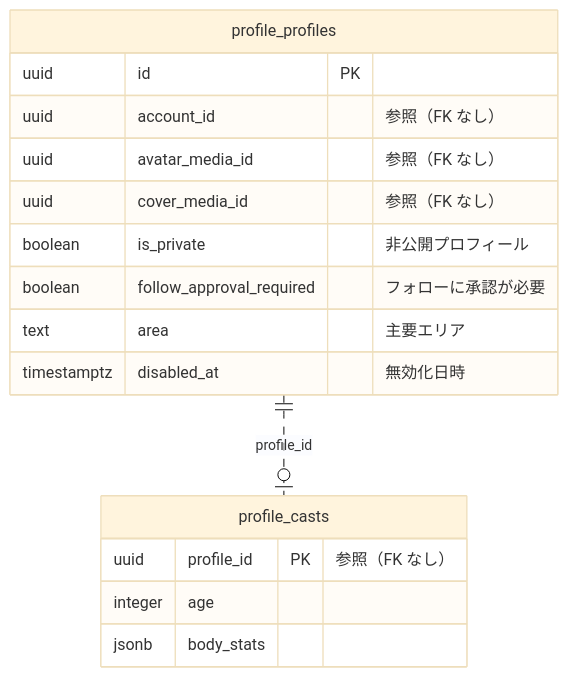
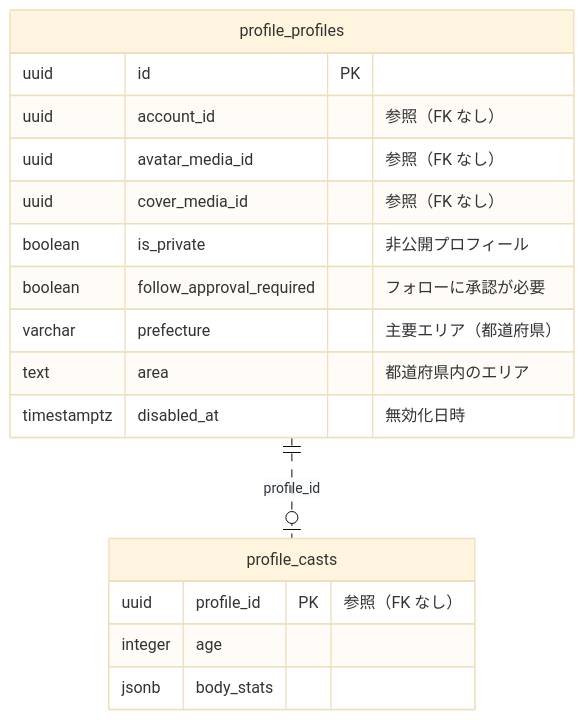
One commit to panicboat/monorepo changed the third of 14 diagrams in dystopia/docs/data-model.md. Above: the diagram before and after it, drawn with Mermaid (base theme). The commit also changed other lines of this file and 21 other files, not shown here.

````diff
--- a/dystopia/docs/data-model.md
+++ b/dystopia/docs/data-model.md
@@ -61,19 +61,20 @@
 ```mermaid
 erDiagram
     profile_profiles {
         uuid id PK
         uuid account_id "参照（FK なし）"
         uuid avatar_media_id "参照（FK なし）"
         uuid cover_media_id "参照（FK なし）"
         boolean is_private "非公開プロフィール"
         boolean follow_approval_required "フォローに承認が必要"
-        text area "主要エリア"
+        varchar prefecture "主要エリア（都道府県）"
+        text area "都道府県内のエリア"
         timestamptz disabled_at "無効化日時"
     }
     profile_casts {
         uuid profile_id PK "参照（FK なし）"
         integer age
         jsonb body_stats
     }
     profile_profiles ||..o| profile_casts : "profile_id"
 ```
````
